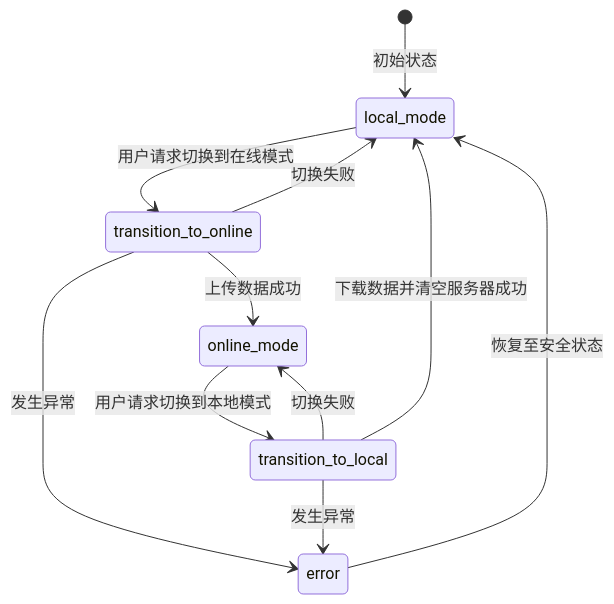
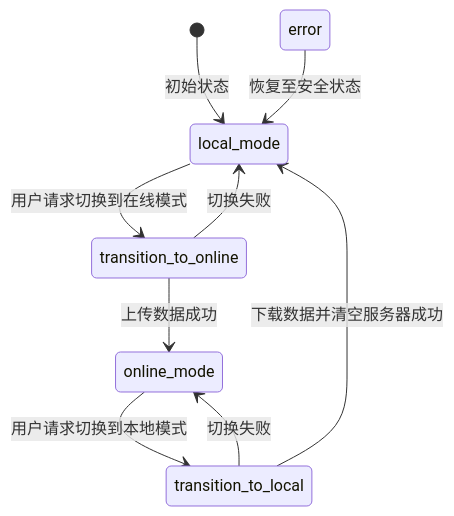
The diagram in all/未命名-56.md (yingjianzh/iodraw-files), drawn with Mermaid before and after one commit.

Commit message:
2025-05-12 10:01:10 update

````diff
--- a/all/未命名-56.md
+++ b/all/未命名-56.md
@@ -1,19 +1,17 @@
 ```mermaid
 
 stateDiagram-v2
     [*] --> local_mode: 初始状态
     
     local_mode --> transition_to_online: 用户请求切换到在线模式
     transition_to_online --> local_mode: 切换失败
     transition_to_online --> online_mode: 上传数据成功
     
     online_mode --> transition_to_local: 用户请求切换到本地模式
     transition_to_local --> online_mode: 切换失败
     transition_to_local --> local_mode: 下载数据并清空服务器成功
     
     
-    transition_to_online --> error: 发生异常
-    transition_to_local --> error: 发生异常
     error --> local_mode: 恢复至安全状态
 
 ```
````
